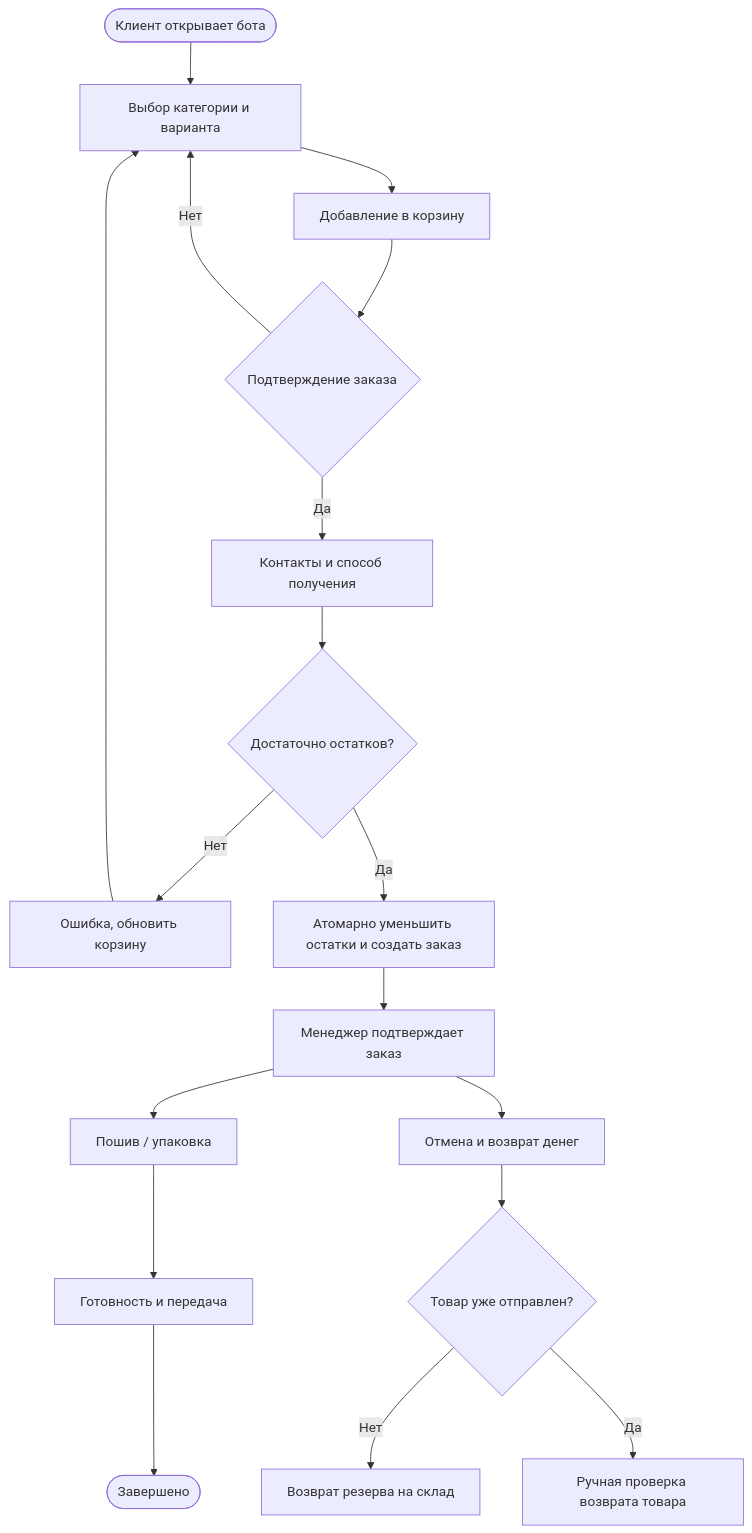
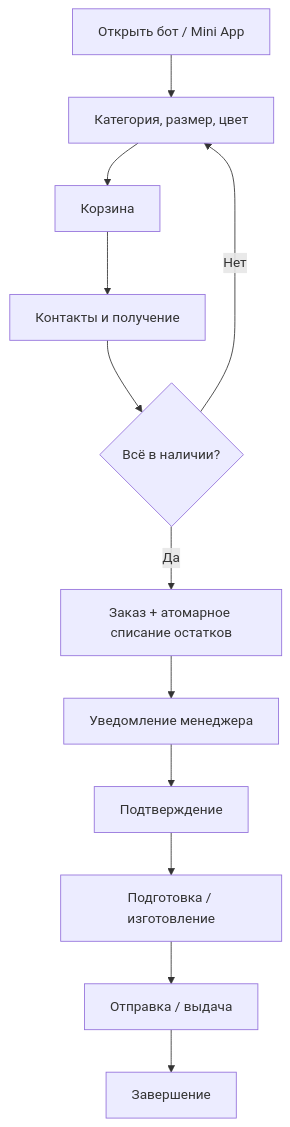
The first of 3 diagrams in docs/business-process.md (Ai-b0ss/atelier-telegram-shop), drawn with Mermaid before and after one commit. The commit also changed other lines of this file and 22 other files, not shown here.

````diff
--- a/docs/business-process.md
+++ b/docs/business-process.md
@@ -5,20 +10,11 @@
 ```mermaid
 flowchart TD
-    A([Клиент открывает бота]) --> B[Выбор категории и варианта]
-    B --> C[Добавление в корзину]
-    C --> D{Подтверждение заказа}
-    D -- Нет --> B
-    D -- Да --> E[Контакты и способ получения]
-    E --> F{Достаточно остатков?}
-    F -- Нет --> G[Ошибка, обновить корзину]
-    G --> B
-    F -- Да --> H[Атомарно уменьшить остатки и создать заказ]
-    H --> I[Менеджер подтверждает заказ]
-    I --> J[Пошив / упаковка]
-    J --> K[Готовность и передача]
-    K --> L([Завершено])
-    I --> M[Отмена и возврат денег]
-    M --> Q{Товар уже отправлен?}
-    Q -- Нет --> N[Возврат резерва на склад]
-    Q -- Да --> R[Ручная проверка возврата товара]
-```
+ A["Открыть бот / Mini App"] --> B["Категория, размер, цвет"]
+ B --> C["Корзина"] --> D["Контакты и получение"]
+ D --> E{"Всё в наличии?"}
+ E -- "Нет" --> B
+ E -- "Да" --> F["Заказ + атомарное списание остатков"]
+ F --> G["Уведомление менеджера"]
+ G --> H["Подтверждение"] --> I["Подготовка / изготовление"]
+ I --> J["Отправка / выдача"] --> K["Завершение"]
+ ```
````
